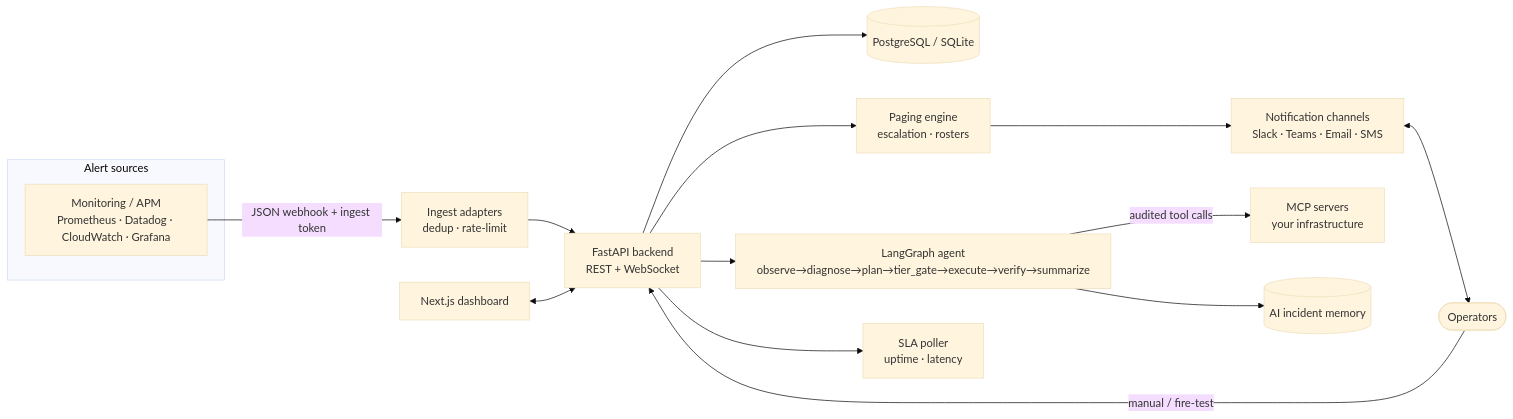
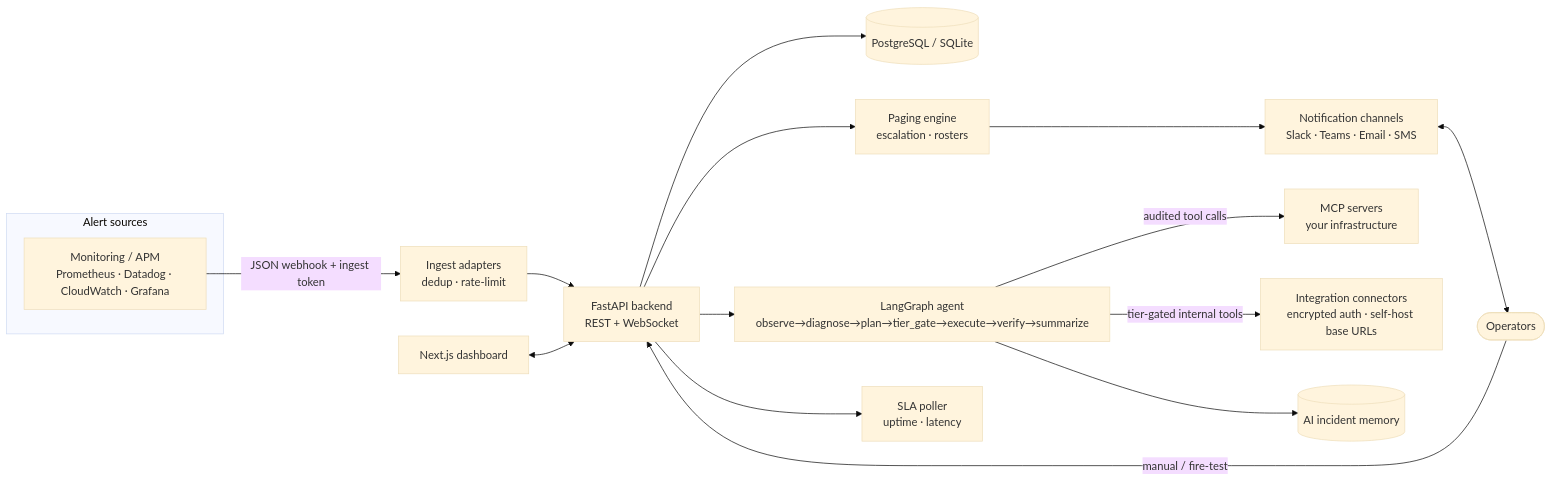
The first of 2 diagrams in README.md (SpicyDaemon/OpsMender-AI), drawn with Mermaid (base theme) before and after one commit. The commit also changed other lines of this file and 27 other files, not shown here.

First line of the commit message:
Add encrypted integration connector foundation

````diff
--- a/README.md
+++ b/README.md
@@ -46,21 +54,22 @@
 ```mermaid
 flowchart LR
   subgraph SRC["Alert sources"]
     MON["Monitoring / APM<br/>Prometheus · Datadog · CloudWatch · Grafana"]
   end
   OP(["Operators"])
 
   MON -->|"JSON webhook + ingest token"| ING["Ingest adapters<br/>dedup · rate-limit"]
   OP -->|"manual / fire-test"| API
   ING --> API["FastAPI backend<br/>REST + WebSocket"]
 
   API --> DB[("PostgreSQL / SQLite")]
   API --> PAGE["Paging engine<br/>escalation · rosters"]
   PAGE --> NOTIF["Notification channels<br/>Slack · Teams · Email · SMS"]
   API --> AGENT["LangGraph agent<br/>observe→diagnose→plan→tier_gate→execute→verify→summarize"]
   AGENT -->|"audited tool calls"| MCP["MCP servers<br/>your infrastructure"]
+  AGENT -->|"tier-gated internal tools"| INT["Integration connectors<br/>encrypted auth · self-host base URLs"]
   AGENT --> MEM[("AI incident memory")]
   API --> SLA["SLA poller<br/>uptime · latency"]
   UI["Next.js dashboard"] <--> API
   NOTIF <--> OP
 ```
````
